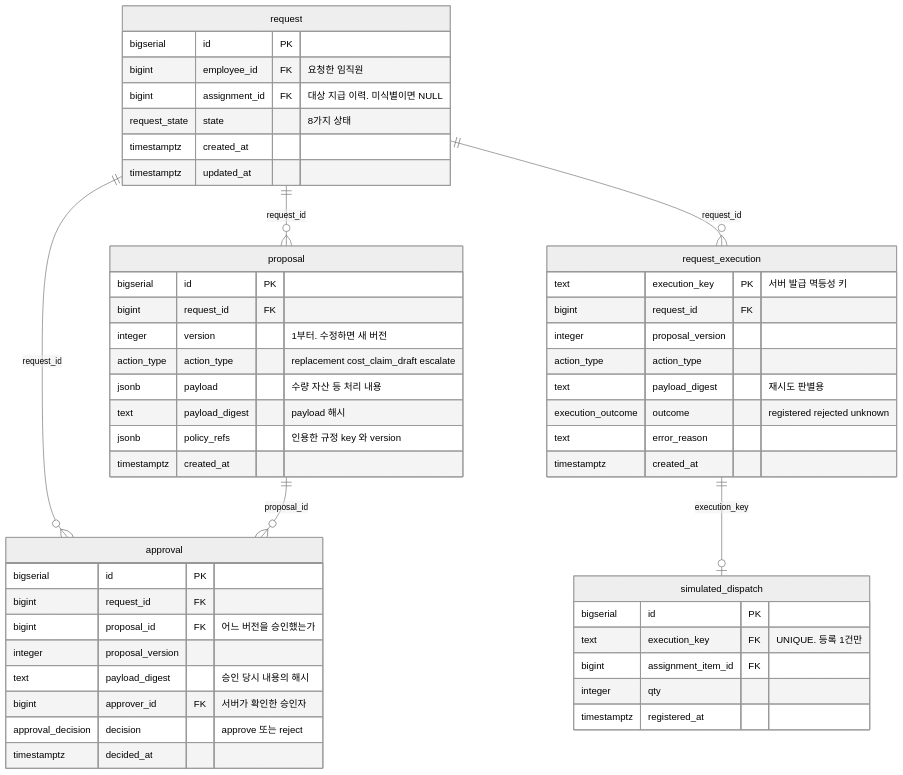
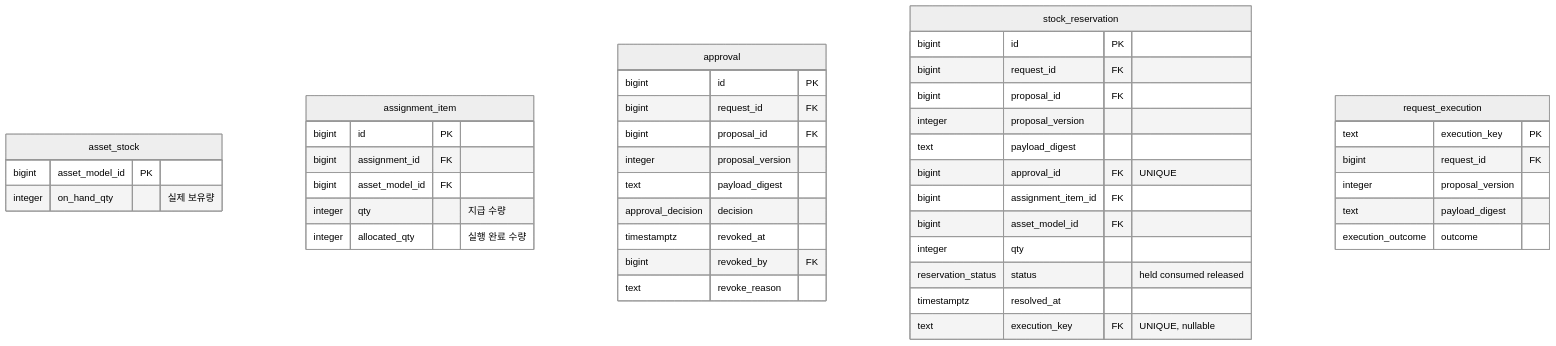
Before and after one commit to KatherineJH/portfolio_2026: the second of 5 diagrams in assetflow/docs/SCHEMA-ERD.md, drawn with Mermaid (neutral theme). The commit also changed other lines of this file and 10 other files, not shown here.

Commit message:
docs(assetflow): align architecture and verification evidence with reservation workflow

````diff
--- a/assetflow/docs/SCHEMA-ERD.md
+++ b/assetflow/docs/SCHEMA-ERD.md
@@ -116,53 +32,46 @@
 ```mermaid
 erDiagram
-    request {
-        bigserial id PK
-        bigint employee_id FK "요청한 임직원"
-        bigint assignment_id FK "대상 지급 이력. 미식별이면 NULL"
-        request_state state "8가지 상태"
-        timestamptz created_at
-        timestamptz updated_at
+    asset_stock {
+        bigint asset_model_id PK
+        integer on_hand_qty "실제 보유량"
     }
-    proposal {
-        bigserial id PK
-        bigint request_id FK
-        integer version "1부터. 수정하면 새 버전"
-        action_type action_type "replacement cost_claim_draft escalate"
-        jsonb payload "수량 자산 등 처리 내용"
-        text payload_digest "payload 해시"
-        jsonb policy_refs "인용한 규정 key 와 version"
-        timestamptz created_at
+    assignment_item {
+        bigint id PK
+        bigint assignment_id FK
+        bigint asset_model_id FK
+        integer qty "지급 수량"
+        integer allocated_qty "실행 완료 수량"
     }
     approval {
-        bigserial id PK
+        bigint id PK
         bigint request_id FK
-        bigint proposal_id FK "어느 버전을 승인했는가"
+        bigint proposal_id FK
         integer proposal_version
-        text payload_digest "승인 당시 내용의 해시"
-        bigint approver_id FK "서버가 확인한 승인자"
-        approval_decision decision "approve 또는 reject"
-        timestamptz decided_at
+        text payload_digest
+        approval_decision decision
+        timestamptz revoked_at
+        bigint revoked_by FK
+        text revoke_reason
+    }
+    stock_reservation {
+        bigint id PK
+        bigint request_id FK
+        bigint proposal_id FK
+        integer proposal_version
+        text payload_digest
+        bigint approval_id FK "UNIQUE"
+        bigint assignment_item_id FK
+        bigint asset_model_id FK
+        integer qty
+        reservation_status status "held consumed released"
+        timestamptz resolved_at
+        text execution_key FK "UNIQUE, nullable"
     }
     request_execution {
-        text execution_key PK "서버 발급 멱등성 키"
+        text execution_key PK
         bigint request_id FK
         integer proposal_version
-        action_type action_type
-        text payload_digest "재시도 판별용"
-        execution_outcome outcome "registered rejected unknown"
-        text error_reason
-        timestamptz created_at
+        text payload_digest
+        execution_outcome outcome
     }
-    simulated_dispatch {
-        bigserial id PK
-        text execution_key FK "UNIQUE. 등록 1건만"
-        bigint assignment_item_id FK
-        integer qty
-        timestamptz registered_at
-    }
-    request ||--o{ proposal : "request_id"
-    request ||--o{ approval : "request_id"
-    proposal ||--o{ approval : "proposal_id"
-    request ||--o{ request_execution : "request_id"
-    request_execution ||--o| simulated_dispatch : "execution_key"
 ```
````
